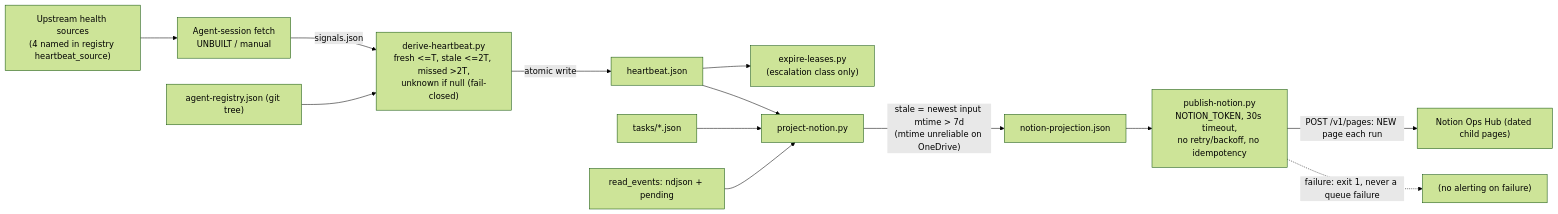
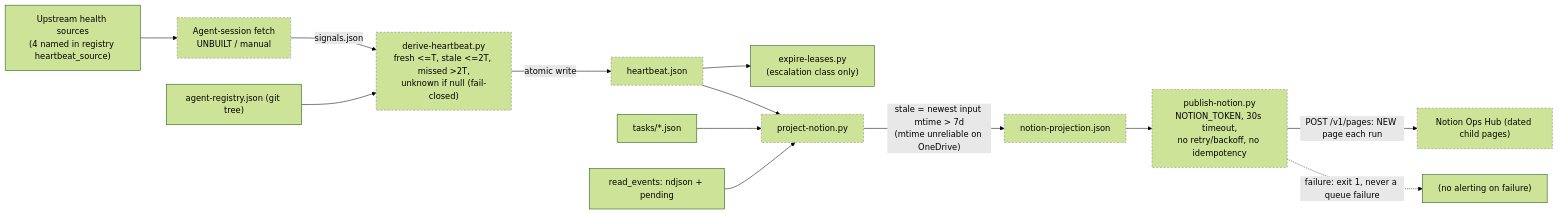
Before and after one commit to ZeOoba/AAOS: the fourth of 4 diagrams in docs/DIAGRAMS.md, drawn with Mermaid (forest theme). The commit also changed other lines of this file and 1 other file, not shown here.

First line of the commit message:
docs(diagrams): refresh diagrams and counts (2026-10-28) (#32)

````diff
--- a/docs/DIAGRAMS.md
+++ b/docs/DIAGRAMS.md
@@ -123,15 +124,17 @@
 ```mermaid
 flowchart LR
     UP["Upstream health sources\n(4 named in registry heartbeat_source)"] --> FETCH["Agent-session fetch\nUNBUILT / manual"]
     FETCH -->|"signals.json"| DH["derive-heartbeat.py\nfresh <=T, stale <=2T, missed >2T,\nunknown if null (fail-closed)"]
     REG["agent-registry.json (git tree)"] --> DH
     DH -->|"atomic write"| HB["heartbeat.json"]
     HB --> EXP["expire-leases.py\n(escalation class only)"]
     HB --> PN["project-notion.py"]
     TASKS["tasks/*.json"] --> PN
     EV["read_events: ndjson + pending"] --> PN
     PN -->|"stale = newest input mtime > 7d\n(mtime unreliable on OneDrive)"| PROJ["notion-projection.json"]
     PROJ --> PUB["publish-notion.py\nNOTION_TOKEN, 30s timeout,\nno retry/backoff, no idempotency"]
     PUB -->|"POST /v1/pages: NEW page each run"| NOTION["Notion Ops Hub (dated child pages)"]
     PUB -. "failure: exit 1, never a queue failure" .-> NONE["(no alerting on failure)"]
+    classDef planned stroke-dasharray: 4 3,stroke:#888
+    class FETCH,DH,HB,PN,PROJ,PUB,NOTION planned
 ```
````
